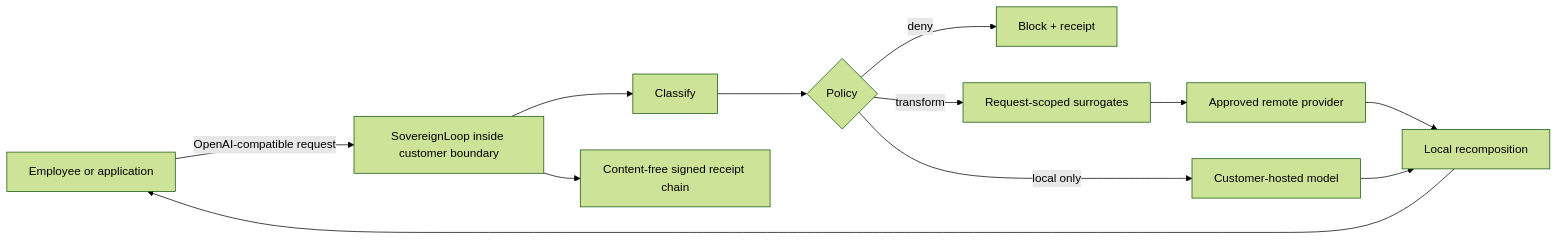
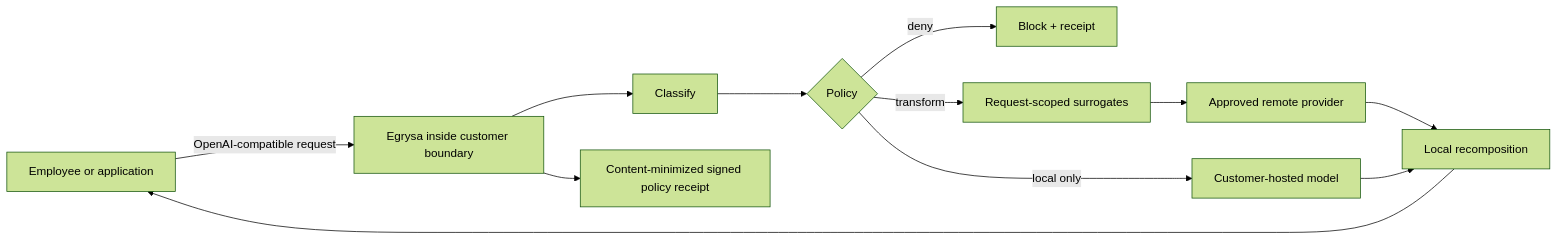
The diagram in README.md (sundeep229211/egrysa), drawn with Mermaid (forest theme) before and after one commit. The commit also changed other lines of this file and 47 other files, not shown here.

````diff
--- a/README.md
+++ b/README.md
@@ -13,14 +13,14 @@
 ```mermaid
 flowchart LR
-    U["Employee or application"] -->|"OpenAI-compatible request"| A["SovereignLoop inside customer boundary"]
+    U["Employee or application"] -->|"OpenAI-compatible request"| A["Egrysa inside customer boundary"]
     A --> C["Classify"]
     C --> P{"Policy"}
     P -->|"deny"| D["Block + receipt"]
     P -->|"local only"| L["Customer-hosted model"]
     P -->|"transform"| S["Request-scoped surrogates"]
     S --> R["Approved remote provider"]
     R --> X["Local recomposition"]
     L --> X
     X --> U
-    A --> Q["Content-free signed receipt chain"]
+    A --> Q["Content-minimized signed policy receipt"]
 ```
````
